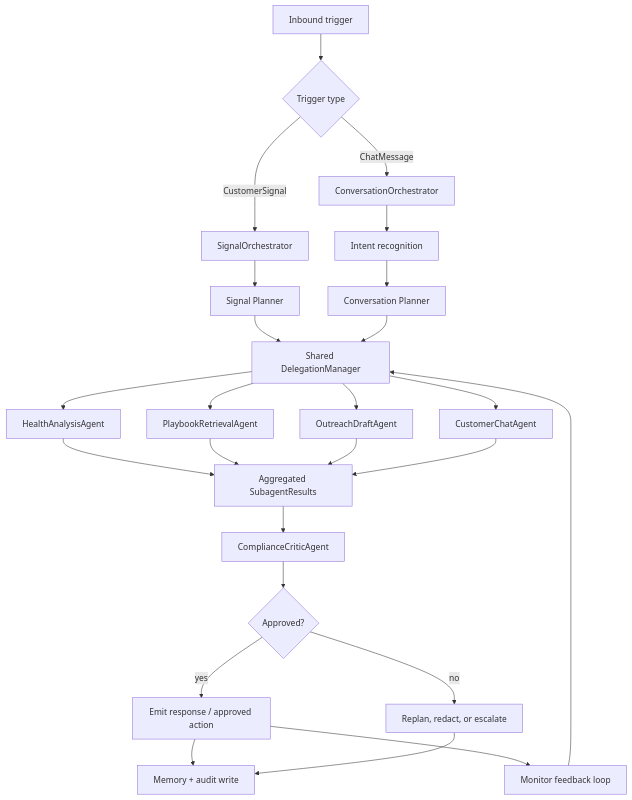
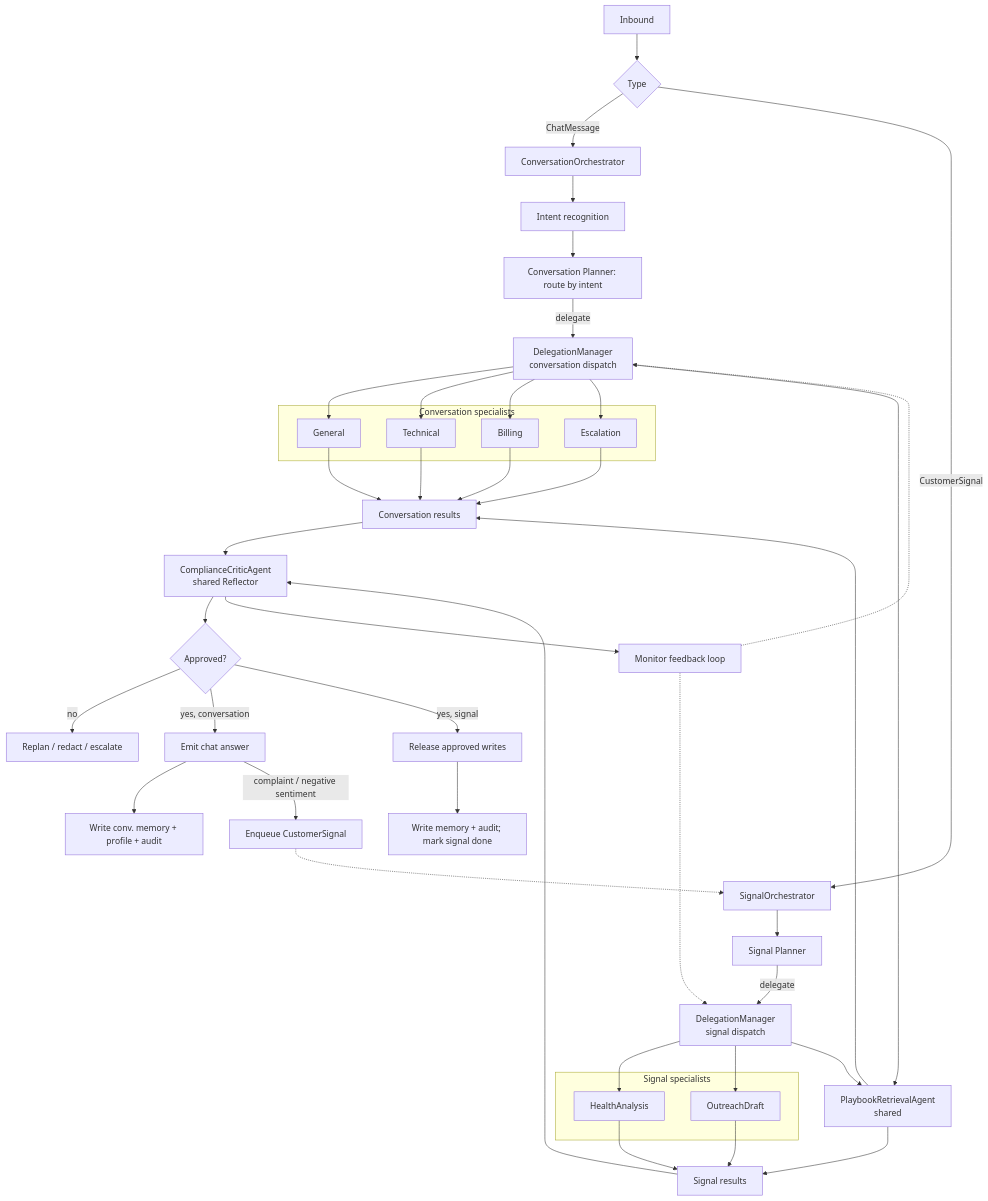
The diagram in docs/AGENT_PLAN.md (SunnyKikiHK/CustomerAgent), drawn with Mermaid before and after one commit. The commit also changed other lines of this file and 105 other files, not shown here.

````diff
--- a/docs/AGENT_PLAN.md
+++ b/docs/AGENT_PLAN.md
@@ -144,32 +78,59 @@
 ```mermaid
 flowchart TD
-    A[Inbound trigger] --> B{Trigger type}
+    A[Inbound] --> B{Type}
+    B -->|ChatMessage| C[ConversationOrchestrator]
     B -->|CustomerSignal| S[SignalOrchestrator]
-    B -->|ChatMessage| C[ConversationOrchestrator]
 
+    %% ---- Conversation path (its own specialists) ----
     C --> I[Intent recognition]
-    I --> CP[Conversation Planner]
+    I --> CP[Conversation Planner: route by intent]
+    CP -->|delegate| DC[DelegationManager<br/>conversation dispatch]
+    subgraph CONV[Conversation specialists]
+        G[General]
+        T[Technical]
+        BILL[Billing]
+        ESC[Escalation]
+    end
+    DC --> G
+    DC --> T
+    DC --> BILL
+    DC --> ESC
+    DC --> P[PlaybookRetrievalAgent<br/>shared]
+
+    %% ---- Signal path (its own specialists) ----
     S --> SP[Signal Planner]
+    SP -->|delegate| DS[DelegationManager<br/>signal dispatch]
+    subgraph SIG[Signal specialists]
+        H[HealthAnalysis]
+        O[OutreachDraft]
+    end
+    DS --> H
+    DS --> O
+    DS --> P
 
-    SP --> D[Shared DelegationManager]
-    CP --> D
+    %% ---- Shared reduce + reflect ----
+    G --> RC[Conversation results]
+    T --> RC
+    BILL --> RC
+    ESC --> RC
+    P --> RC
+    H --> RS[Signal results]
+    O --> RS
+    P --> RS
 
-    D --> H[HealthAnalysisAgent]
-    D --> P[PlaybookRetrievalAgent]
-    D --> O[OutreachDraftAgent]
-    D --> CH[CustomerChatAgent]
+    RC --> X[ComplianceCriticAgent<br/>shared Reflector]
+    RS --> X
+    X --> Y{Approved?}
+    Y -->|no| W[Replan / redact / escalate]
+    Y -->|yes, conversation| ZC[Emit chat answer]
+    Y -->|yes, signal| ZS[Release approved writes]
 
-    H --> R[Aggregated SubagentResults]
-    P --> R
-    O --> R
-    CH --> R
+    ZC --> MC[Write conv. memory + profile + audit]
+    ZC -->|complaint / negative sentiment| BR[Enqueue CustomerSignal]
+    BR -.-> S
+    ZS --> MS[Write memory + audit; mark signal done]
 
-    R --> X[ComplianceCriticAgent]
-    X --> Y{Approved?}
-    Y -->|yes| Z[Emit response / approved action]
-    Y -->|no| W[Replan, redact, or escalate]
-    Z --> M[Memory + audit write]
-    W --> M
-    Z --> MON[Monitor feedback loop]
-    MON --> D
+    X --> MON[Monitor feedback loop]
+    MON -.-> DC
+    MON -.-> DS
 ```
````
